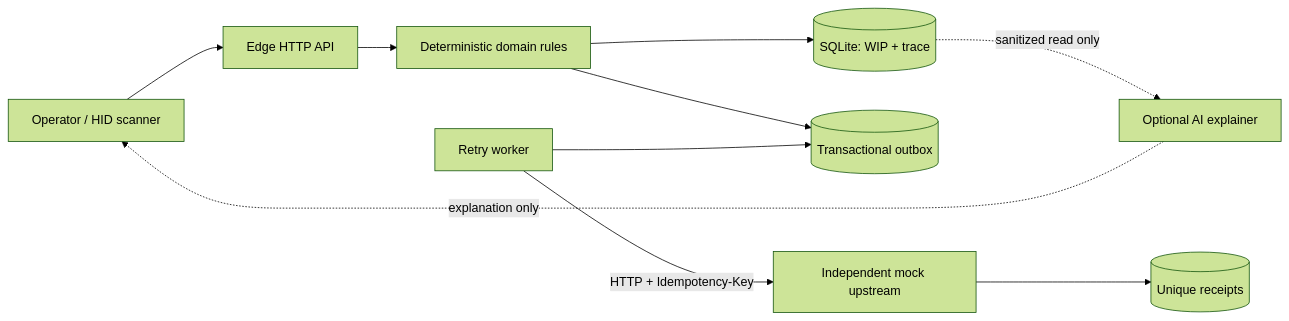
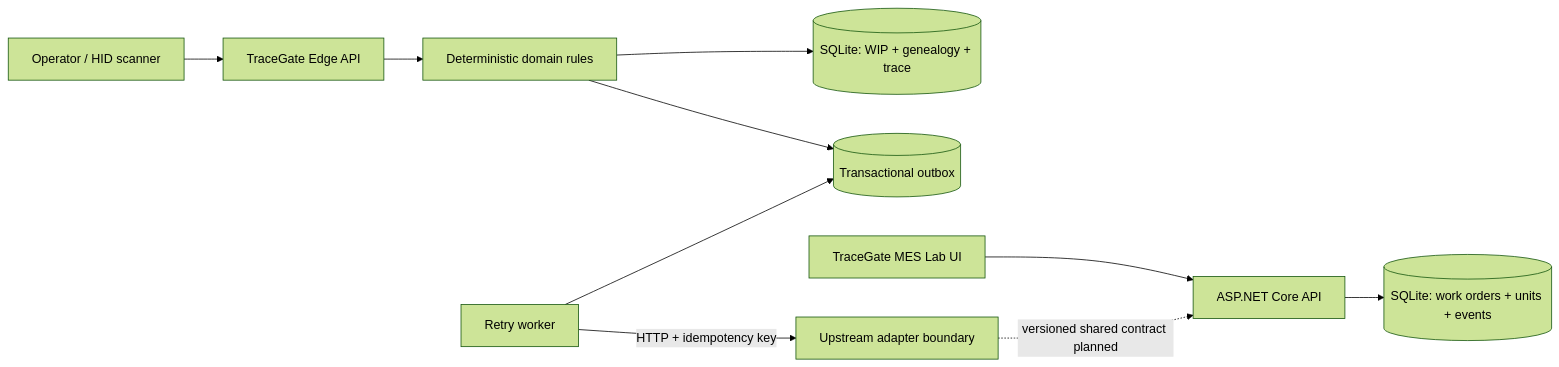
The first of 2 diagrams in README.md (weiyu1029/tracegate-edge), drawn with Mermaid (forest theme) before and after one commit. The commit also changed other lines of this file and 25 other files, not shown here.

First line of the commit message:
feat: consolidate TraceFlow as the .NET MES lab

````diff
--- a/README.md
+++ b/README.md
@@ -74,12 +83,14 @@
 ```mermaid
 flowchart LR
-    Scanner[Operator / HID scanner] --> API[Edge HTTP API]
-    API --> Rules[Deterministic domain rules]
-    Rules --> DB[(SQLite: WIP + trace)]
+    Scanner[Operator / HID scanner] --> EdgeAPI[TraceGate Edge API]
+    EdgeAPI --> Rules[Deterministic domain rules]
+    Rules --> EdgeDB[(SQLite: WIP + genealogy + trace)]
     Rules --> Outbox[(Transactional outbox)]
     Worker[Retry worker] --> Outbox
-    Worker -->|HTTP + Idempotency-Key| Receiver[Independent mock upstream]
-    Receiver --> Receipts[(Unique receipts)]
-    DB -. sanitized read only .-> AI[Optional AI explainer]
-    AI -. explanation only .-> Scanner
+    Worker -->|HTTP + idempotency key| Adapter[Upstream adapter boundary]
+
+    LabUI[TraceGate MES Lab UI] --> LabAPI[ASP.NET Core API]
+    LabAPI --> LabDB[(SQLite: work orders + units + events)]
+
+    Adapter -. versioned shared contract planned .-> LabAPI
 ```
````
